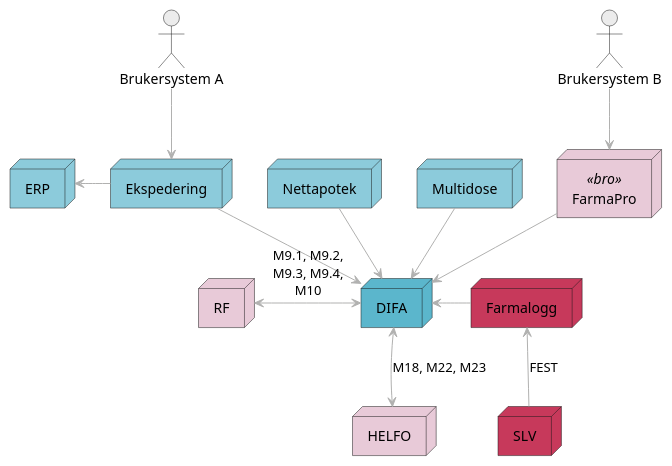
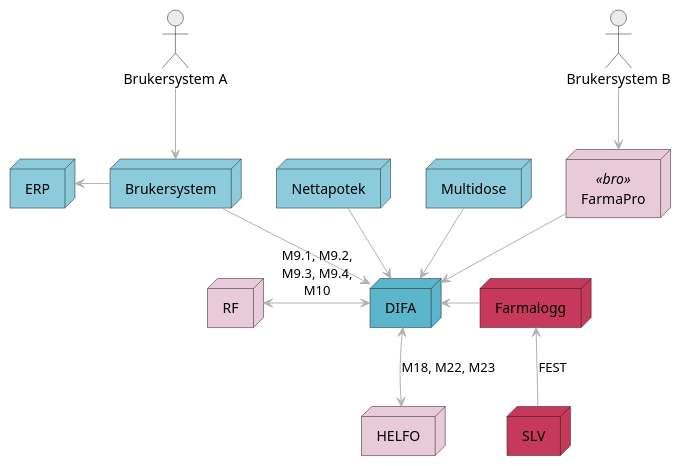
One commit to sopra-steria-norge/pharmacy.no changed the diagram in doc/uml/context-reseptur-migration.puml. Above: the diagram before and after it, drawn with PlantUML. The commit also changed 1 other file, not shown here.

```diff
--- a/doc/uml/context-reseptur-migration.puml
+++ b/doc/uml/context-reseptur-migration.puml
@@ -1,33 +1,33 @@
 @startuml
 
 skinparam ArrowColor #b1b1b0
 skinparam BorderColor #b1b1b0
 
 actor ApotekA as "Brukersystem A" #ececec
 actor ApotekB as "Brukersystem B" #ececec
 
-node Ekspedering #8ccbdb
+node Brukersystem #8ccbdb
 node ERP #8ccbdb
 node DIFA #5bb6cc
 node RF #e8cad8
 node Farmalogg #c7395b
 node SLV #c7395b
 node HELFO #e8cad8
 node Nettapotek #8ccbdb
 node Multidose #8ccbdb
 node FarmaPro <<bro>> #e8cad8
 
-ApotekA -down-> Ekspedering
-Ekspedering -down-> DIFA
-Ekspedering -left-> ERP
+ApotekA -down-> Brukersystem
+Brukersystem -down-> DIFA
+Brukersystem -left-> ERP
 Nettapotek -down-> DIFA
 Multidose -down-> DIFA
 ApotekB -down-> FarmaPro
 FarmaPro -down-> DIFA
 DIFA <-left-> RF: M9.1, M9.2,\nM9.3, M9.4,\nM10
 DIFA <-right- Farmalogg
 Farmalogg <-down- SLV: FEST
 DIFA <-down-> HELFO: M18, M22, M23
 
 
 @enduml
```
